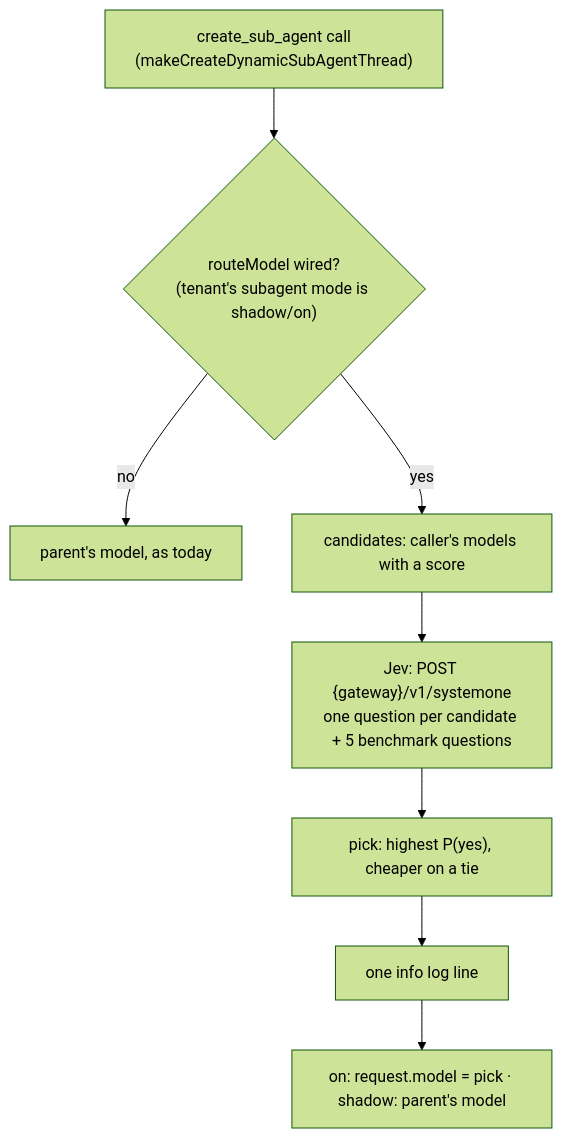
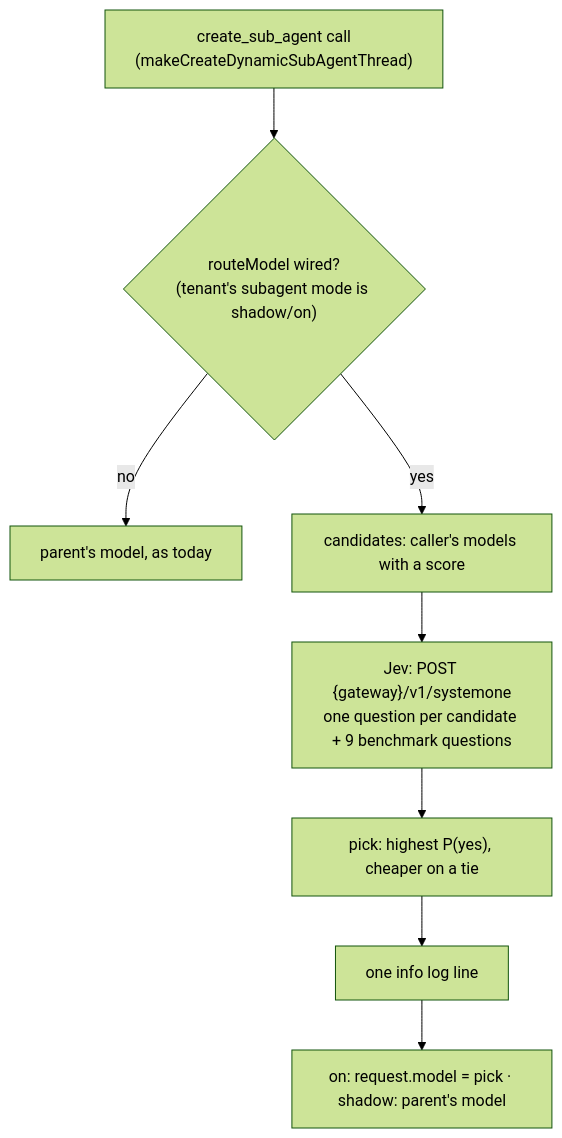
Before and after one commit to truefoundry/trueforge: the diagram in docs/subagent-auto-routing/lld.md, drawn with Mermaid (forest theme). The commit also changed other lines of this file and 16 other files, not shown here.

````diff
--- a/docs/subagent-auto-routing/lld.md
+++ b/docs/subagent-auto-routing/lld.md
@@ -44,10 +44,10 @@
 ```mermaid
 flowchart TD
   S["create_sub_agent call<br/>(makeCreateDynamicSubAgentThread)"] --> R{"routeModel wired?<br/>(tenant's subagent mode is shadow/on)"}
   R -- no --> K["parent's model, as today"]
   R -- yes --> C["candidates: caller's models with a score"]
-  C --> J["Jev: POST {gateway}/v1/systemone<br/>one question per candidate + 5 benchmark questions"]
+  C --> J["Jev: POST {gateway}/v1/systemone<br/>one question per candidate + 9 benchmark questions"]
   J --> P["pick: highest P(yes), cheaper on a tie"]
   P --> L["one info log line"]
   L --> A["on: request.model = pick · shadow: parent's model"]
 ```
````
